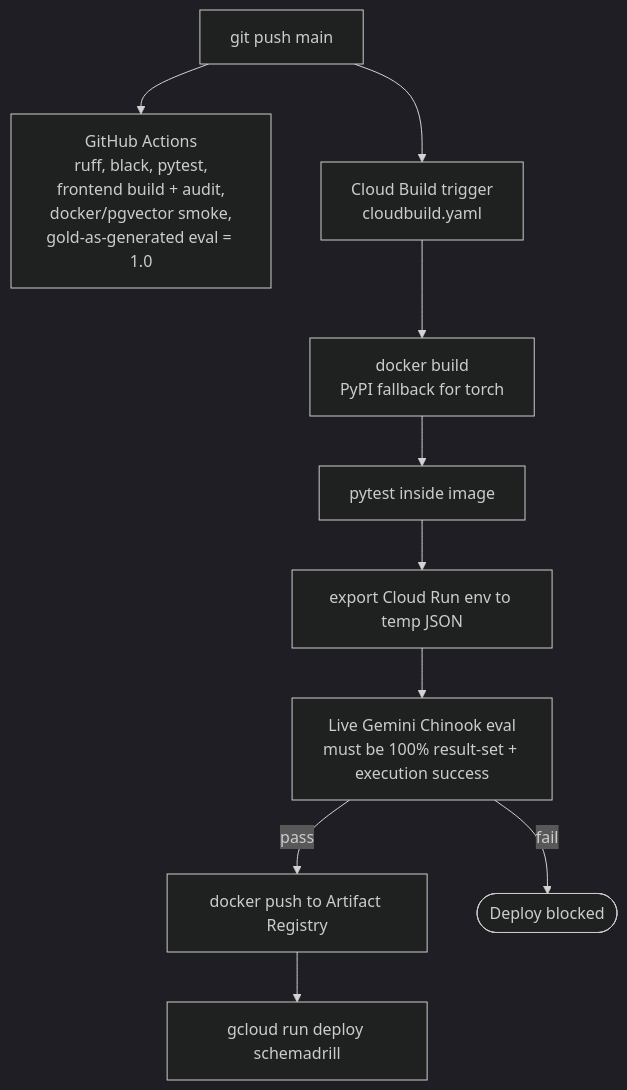
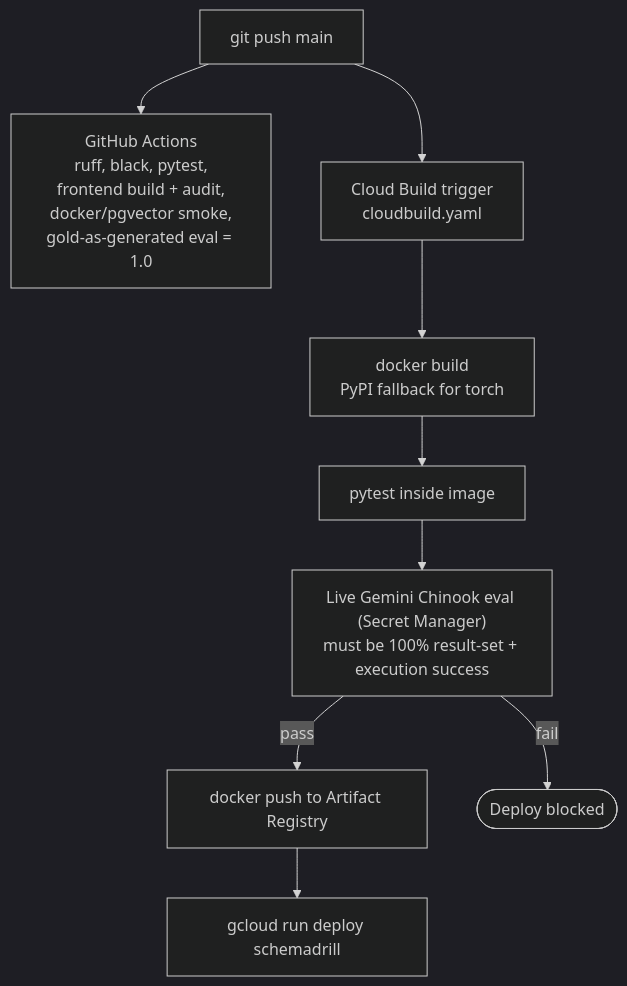
Before and after one commit to RHarish1/schemadrill: the fourth of 6 diagrams in docs/architecture.md, drawn with Mermaid (dark theme). The commit also changed other lines of this file and 3 other files, not shown here.

Commit message:
ci: inject DATABASE_URL and GEMINI_API_KEY from Secret Manager in Cloud Build

````diff
--- a/docs/architecture.md
+++ b/docs/architecture.md
@@ -83,12 +83,11 @@
 ```mermaid
 flowchart TD
     Push[git push main] --> GHA["GitHub Actions<br/>ruff, black, pytest,<br/>frontend build + audit,<br/>docker/pgvector smoke,<br/>gold-as-generated eval = 1.0"]
     Push --> CB["Cloud Build trigger<br/>cloudbuild.yaml"]
     CB --> B1[docker build<br/>PyPI fallback for torch]
     B1 --> B2["pytest inside image"]
-    B2 --> B3["export Cloud Run env to temp JSON"]
-    B3 --> B4["Live Gemini Chinook eval<br/>must be 100% result-set + execution success"]
+    B2 --> B4["Live Gemini Chinook eval (Secret Manager)<br/>must be 100% result-set + execution success"]
     B4 -->|pass| B5[docker push to Artifact Registry]
     B5 --> B6[gcloud run deploy schemadrill]
     B4 -->|fail| Stop([Deploy blocked])
 ```
````
